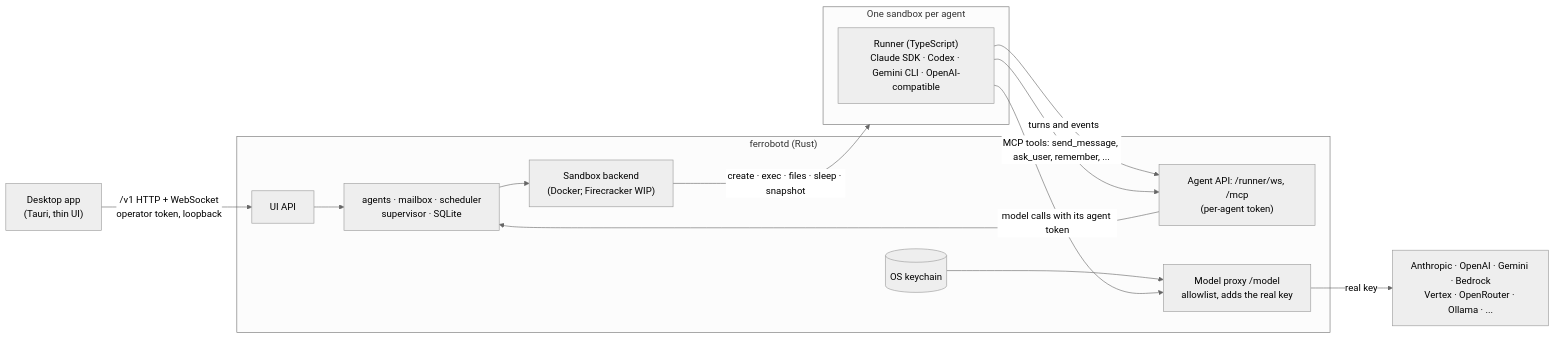
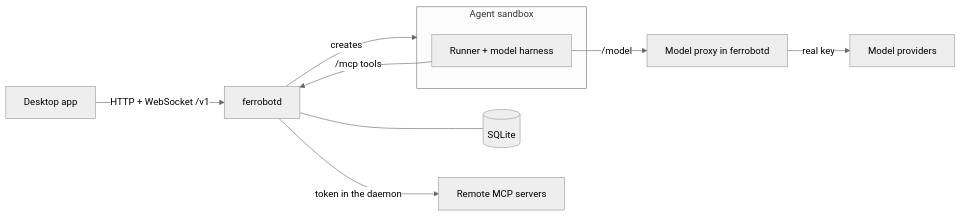
One commit to byQuexo/ferrobot changed the diagram in README.md. Above: the diagram before and after it, drawn with Mermaid (neutral theme). The commit also changed other lines of this file and 7 other files, not shown here.

````diff
--- a/README.md
+++ b/README.md
@@ -130,22 +57,13 @@
 ```mermaid
 flowchart LR
-    UI["Desktop app<br/>(Tauri, thin UI)"] -- "/v1 HTTP + WebSocket<br/>operator token, loopback" --> API
-
-    subgraph daemon["ferrobotd (Rust)"]
-        API["UI API"] --> CORE["agents · mailbox · scheduler<br/>supervisor · SQLite"]
-        AGENT["Agent API: /runner/ws, /mcp<br/>(per-agent token)"] --> CORE
-        PROXY["Model proxy /model<br/>allowlist, adds the real key"]
-        KEYS[("OS keychain")] --> PROXY
-        CORE --> SB["Sandbox backend<br/>(Docker; Firecracker WIP)"]
-    end
-
-    subgraph sandbox["One sandbox per agent"]
-        RUNNER["Runner (TypeScript)<br/>Claude SDK · Codex · Gemini CLI · OpenAI-compatible"]
-    end
-
-    SB -- "create · exec · files · sleep · snapshot" --> sandbox
-    RUNNER -- "turns and events" --> AGENT
-    RUNNER -- "MCP tools: send_message, ask_user, remember, ..." --> AGENT
-    RUNNER -- "model calls with its agent token" --> PROXY
-    PROXY -- "real key" --> MODELS["Anthropic · OpenAI · Gemini · Bedrock<br/>Vertex · OpenRouter · Ollama · ..."]
+  app[Desktop app] -- "HTTP + WebSocket /v1" --> daemon[ferrobotd]
+  daemon --- store[(SQLite)]
+  daemon -- "creates" --> sandbox
+  subgraph sandbox[Agent sandbox]
+    runner[Runner + model harness]
+  end
+  runner -- "/model" --> proxy[Model proxy in ferrobotd]
+  runner -- "/mcp tools" --> daemon
+  proxy -- "real key" --> providers[Model providers]
+  daemon -- "token in the daemon" --> mcp[Remote MCP servers]
 ```
````
